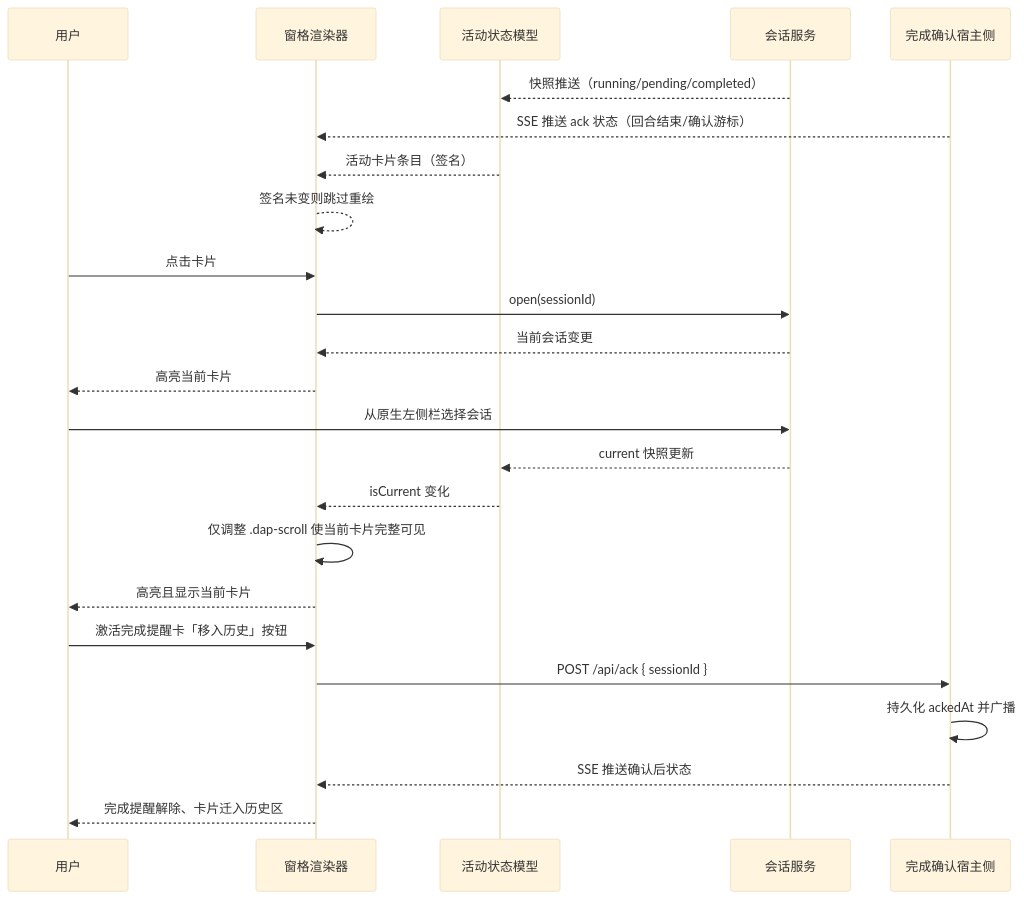
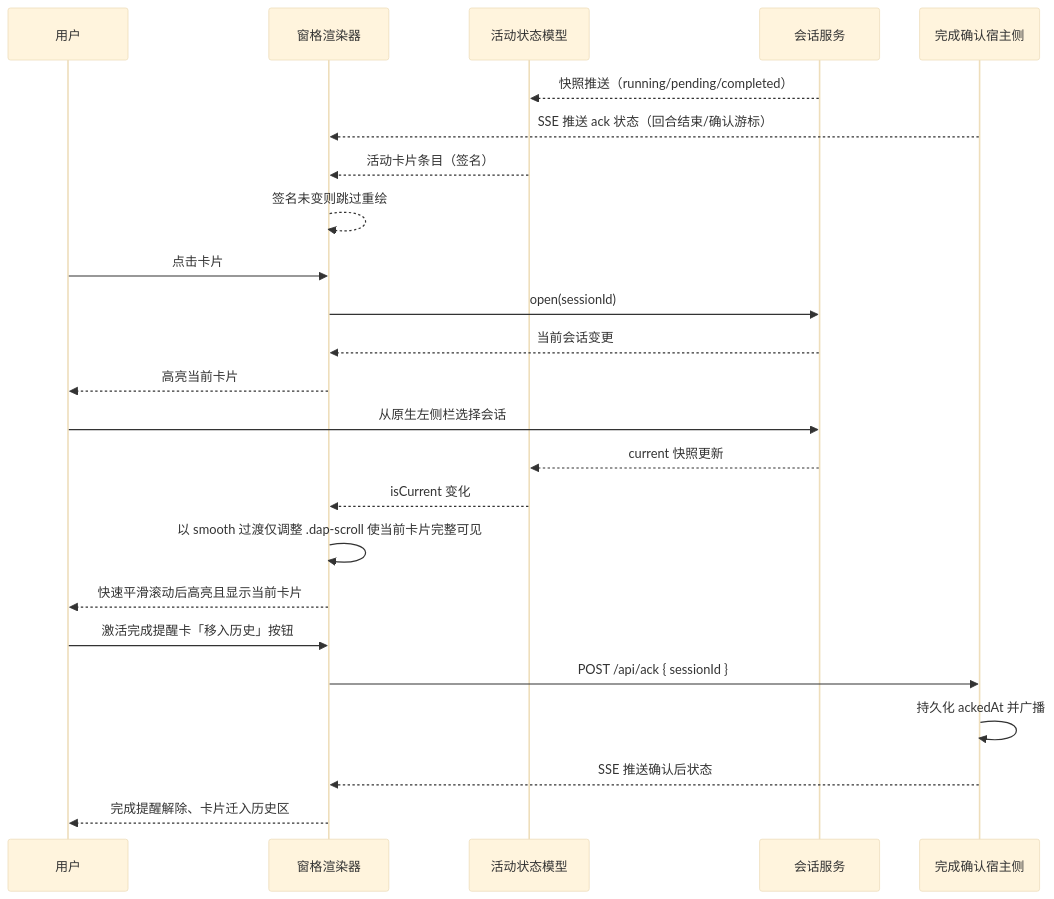
One commit to ccll/dsh-activity-pane changed the third of 6 diagrams in DESIGN.md. Above: the diagram before and after it, drawn with Mermaid (base theme). The commit also changed other lines of this file and 8 other files, not shown here.

````diff
--- a/DESIGN.md
+++ b/DESIGN.md
@@ -79,26 +79,26 @@
 ```mermaid
 sequenceDiagram
     participant U as 用户
     participant R as 窗格渲染器
     participant C as 活动状态模型
     participant S as 会话服务
     participant H as 完成确认宿主侧
     S-->>C: 快照推送（running/pending/completed）
     H-->>R: SSE 推送 ack 状态（回合结束/确认游标）
     C-->>R: 活动卡片条目（签名）
     R-->>R: 签名未变则跳过重绘
     U->>R: 点击卡片
     R->>S: open(sessionId)
     S-->>R: 当前会话变更
     R-->>U: 高亮当前卡片
     U->>S: 从原生左侧栏选择会话
     S-->>C: current 快照更新
     C-->>R: isCurrent 变化
-    R->>R: 仅调整 .dap-scroll 使当前卡片完整可见
-    R-->>U: 高亮且显示当前卡片
+    R->>R: 以 smooth 过渡仅调整 .dap-scroll 使当前卡片完整可见
+    R-->>U: 快速平滑滚动后高亮且显示当前卡片
     U->>R: 激活完成提醒卡「移入历史」按钮
     R->>H: POST /api/ack { sessionId }
     H->>H: 持久化 ackedAt 并广播
     H-->>R: SSE 推送确认后状态
     R-->>U: 完成提醒解除、卡片迁入历史区
 ```
````
